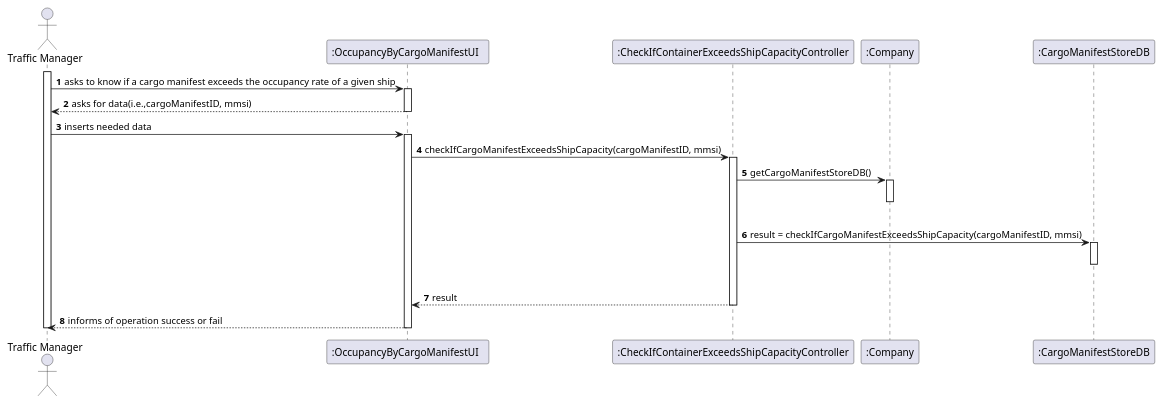
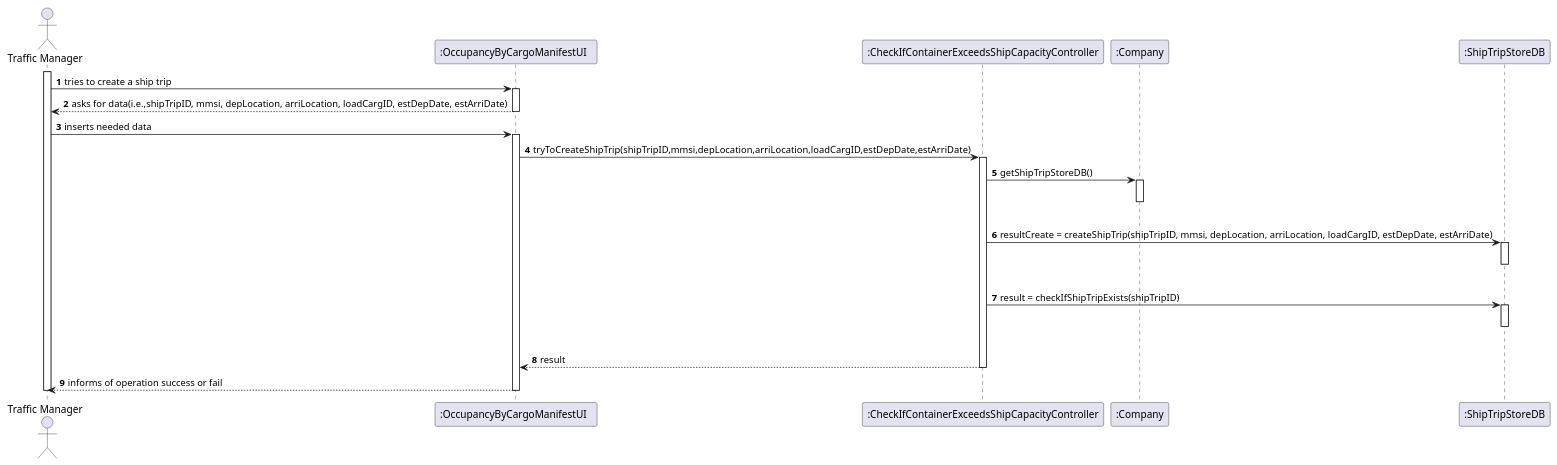
Before and after one commit to ana-albergaria/LAPR3-ISEP: the diagram in docs/Sprint 3/US308/US_308_SD.puml, drawn with PlantUML. The commit also changed 11 other files, not shown here.

```diff
--- a/docs/Sprint 3/US308/US_308_SD.puml
+++ b/docs/Sprint 3/US308/US_308_SD.puml
@@ -1,33 +1,37 @@
 @startuml
 autonumber
 'hide footbox
 actor "Traffic Manager" as SC
 participant ":OccupancyByCargoManifestUI  " as UI
 participant ":CheckIfContainerExceedsShipCapacityController" as CTRL
 participant ":Company" as CMP
-participant ":CargoManifestStoreDB" as CMS
+participant ":ShipTripStoreDB" as CMS
 
 activate SC
-SC -> UI : asks to know if a cargo manifest exceeds the occupancy rate of a given ship
+SC -> UI : tries to create a ship trip
 activate UI
-UI --> SC : asks for data(i.e.,cargoManifestID, mmsi)
+UI --> SC : asks for data(i.e.,shipTripID, mmsi, depLocation, arriLocation, loadCargID, estDepDate, estArriDate)
 deactivate UI
 SC -> UI : inserts needed data
 activate UI
-UI -> CTRL : checkIfCargoManifestExceedsShipCapacity(cargoManifestID, mmsi)
+UI -> CTRL : tryToCreateShipTrip(shipTripID,mmsi,depLocation,arriLocation,loadCargID,estDepDate,estArriDate)
 activate CTRL
-CTRL -> CMP : getCargoManifestStoreDB()
+CTRL -> CMP : getShipTripStoreDB()
 activate CMP
 |||
 deactivate CMP
-CTRL -> CMS : result = checkIfCargoManifestExceedsShipCapacity(cargoManifestID, mmsi)
+CTRL -> CMS : resultCreate = createShipTrip(shipTripID, mmsi, depLocation, arriLocation, loadCargID, estDepDate, estArriDate)
+activate CMS
+|||
+deactivate CMS
+CTRL -> CMS : result = checkIfShipTripExists(shipTripID)
 activate CMS
 |||
 deactivate CMS
 CTRL --> UI : result
 deactivate CTRL
 UI --> SC : informs of operation success or fail
 deactivate UI
 deactivate SC
 
 @enduml
```
